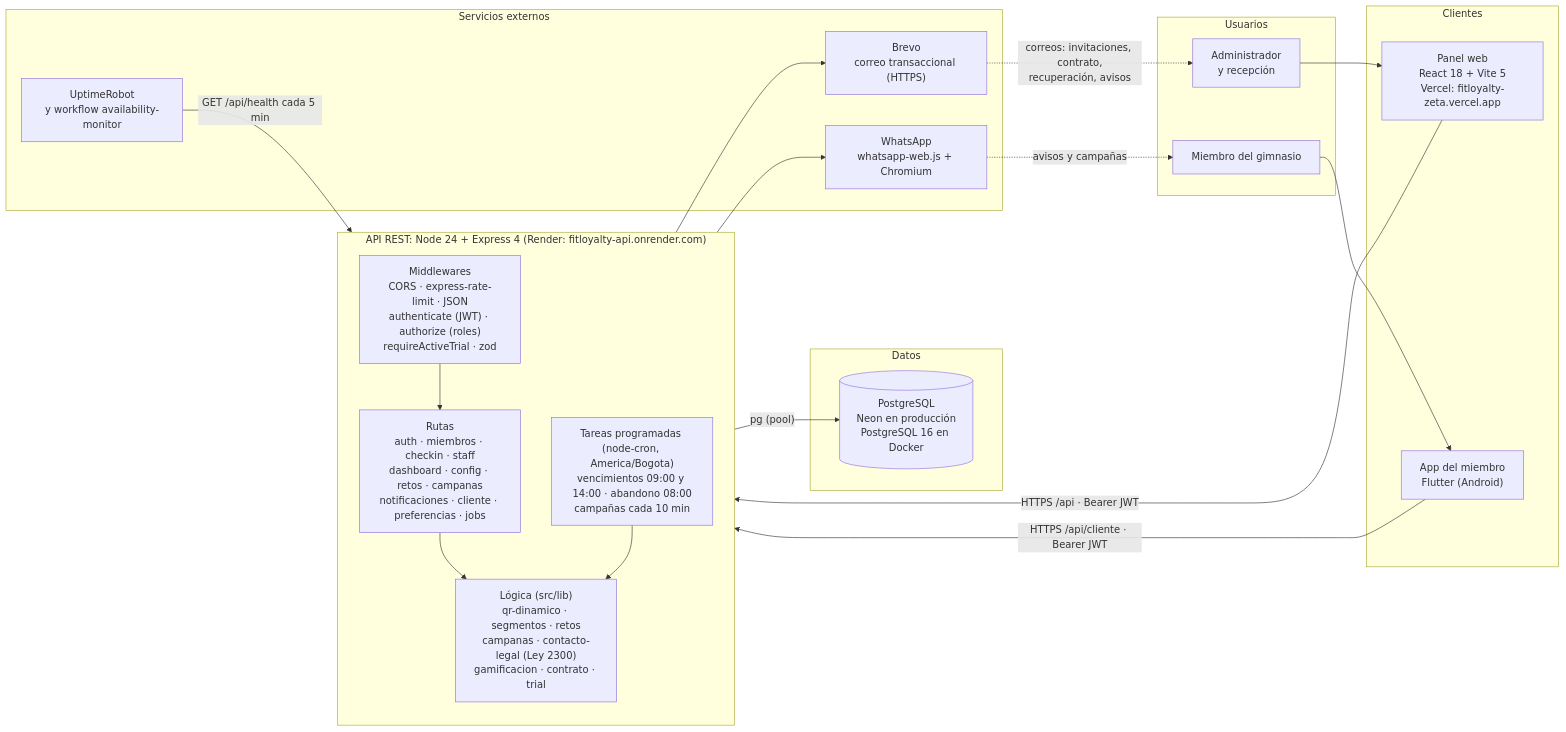
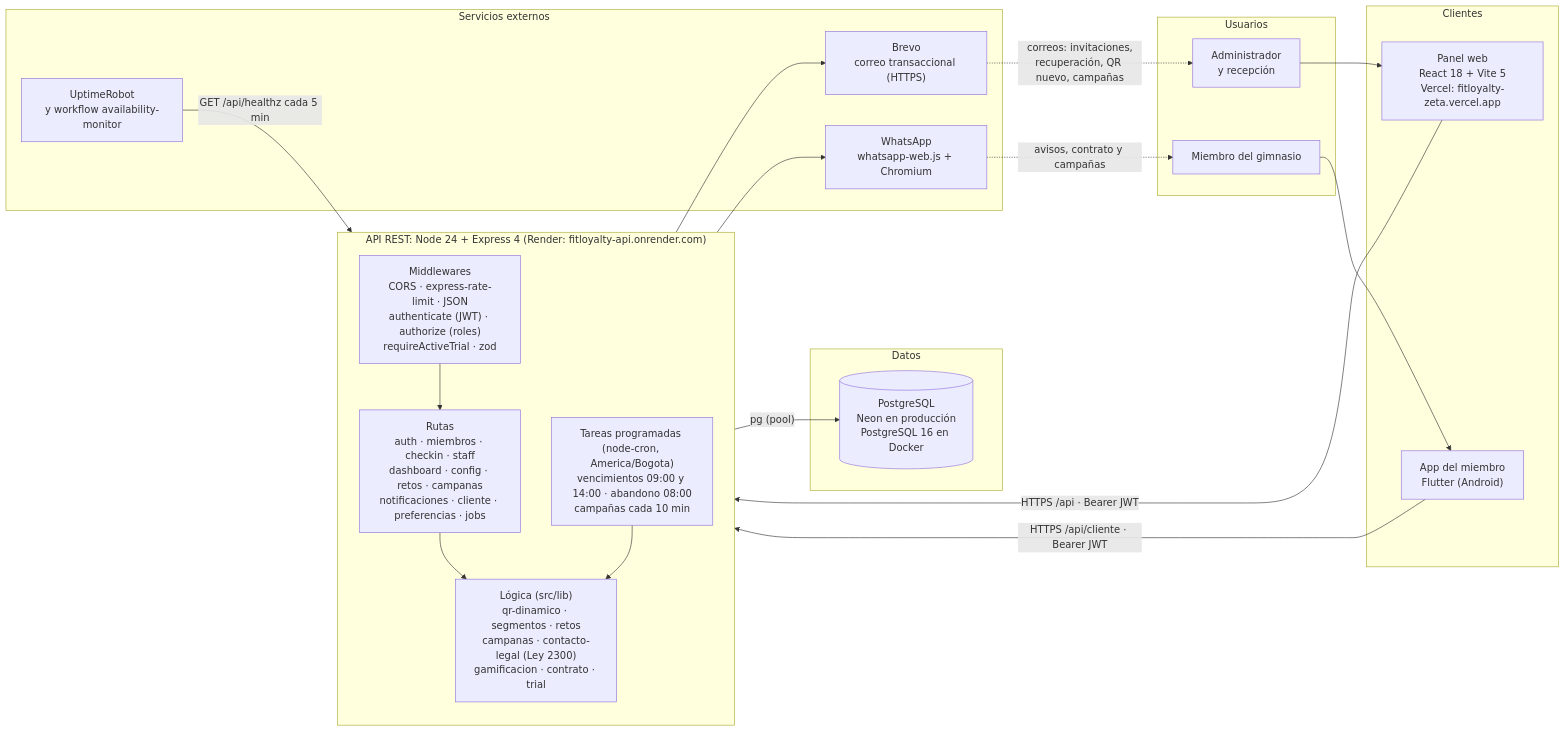
One commit to Luis140721/Proyecto_Fitloyalty changed the first of 4 diagrams in docs/arquitectura/ARQUITECTURA.md. Above: the diagram before and after it, drawn with Mermaid. The commit also changed other lines of this file and 1 other file, not shown here.

Commit message:
docs(t6): correcciones de la revision a la arquitectura y la API

````diff
--- a/docs/arquitectura/ARQUITECTURA.md
+++ b/docs/arquitectura/ARQUITECTURA.md
@@ -11,43 +11,43 @@
 ```mermaid
 flowchart LR
     subgraph Usuarios
         ADM["Administrador<br/>y recepción"]
         MIE["Miembro del gimnasio"]
     end
 
     subgraph Clientes
         WEB["Panel web<br/>React 18 + Vite 5<br/>Vercel: fitloyalty-zeta.vercel.app"]
         APP["App del miembro<br/>Flutter (Android)"]
     end
 
     subgraph API["API REST: Node 24 + Express 4 (Render: fitloyalty-api.onrender.com)"]
         direction TB
         MW["Middlewares<br/>CORS · express-rate-limit · JSON<br/>authenticate (JWT) · authorize (roles)<br/>requireActiveTrial · zod"]
         RUT["Rutas<br/>auth · miembros · checkin · staff<br/>dashboard · config · retos · campanas<br/>notificaciones · cliente · preferencias · jobs"]
         LIB["Lógica (src/lib)<br/>qr-dinamico · segmentos · retos<br/>campanas · contacto-legal (Ley 2300)<br/>gamificacion · contrato · trial"]
         JOB["Tareas programadas (node-cron, America/Bogota)<br/>vencimientos 09:00 y 14:00 · abandono 08:00<br/>campañas cada 10 min"]
         MW --> RUT --> LIB
         JOB --> LIB
     end
 
     subgraph Datos
         PG[("PostgreSQL<br/>Neon en producción<br/>PostgreSQL 16 en Docker")]
     end
 
     subgraph Externos["Servicios externos"]
         BRE["Brevo<br/>correo transaccional (HTTPS)"]
         WA["WhatsApp<br/>whatsapp-web.js + Chromium"]
         UP["UptimeRobot<br/>y workflow availability-monitor"]
     end
 
     ADM --> WEB
     MIE --> APP
     WEB -- "HTTPS /api · Bearer JWT" --> MW
     APP -- "HTTPS /api/cliente · Bearer JWT" --> MW
     LIB -- "pg (pool)" --> PG
     LIB --> BRE
     LIB --> WA
-    UP -- "GET /api/health cada 5 min" --> RUT
-    BRE -. "correos: invitaciones, contrato,<br/>recuperación, avisos" .-> ADM
-    WA -. "avisos y campañas" .-> MIE
+    UP -- "GET /api/healthz cada 5 min" --> RUT
+    BRE -. "correos: invitaciones,<br/>recuperación, QR nuevo, campañas" .-> ADM
+    WA -. "avisos, contrato y campañas" .-> MIE
 ```
````
